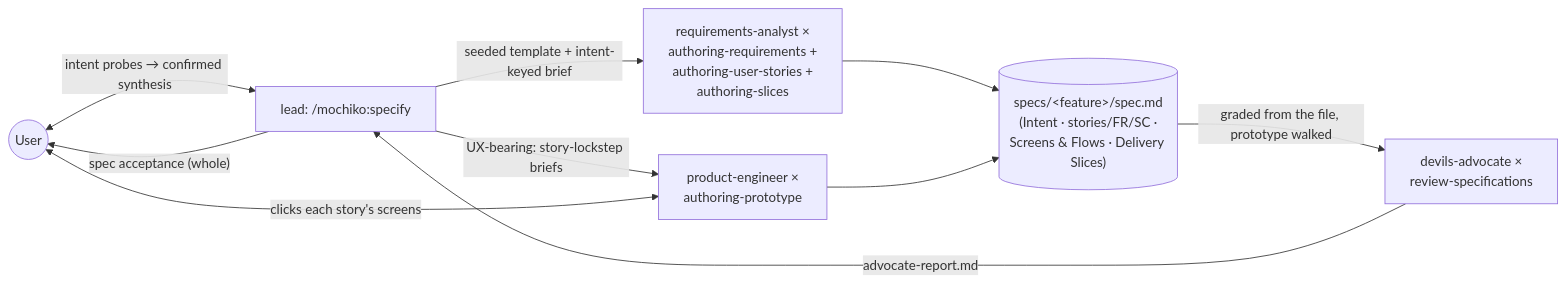
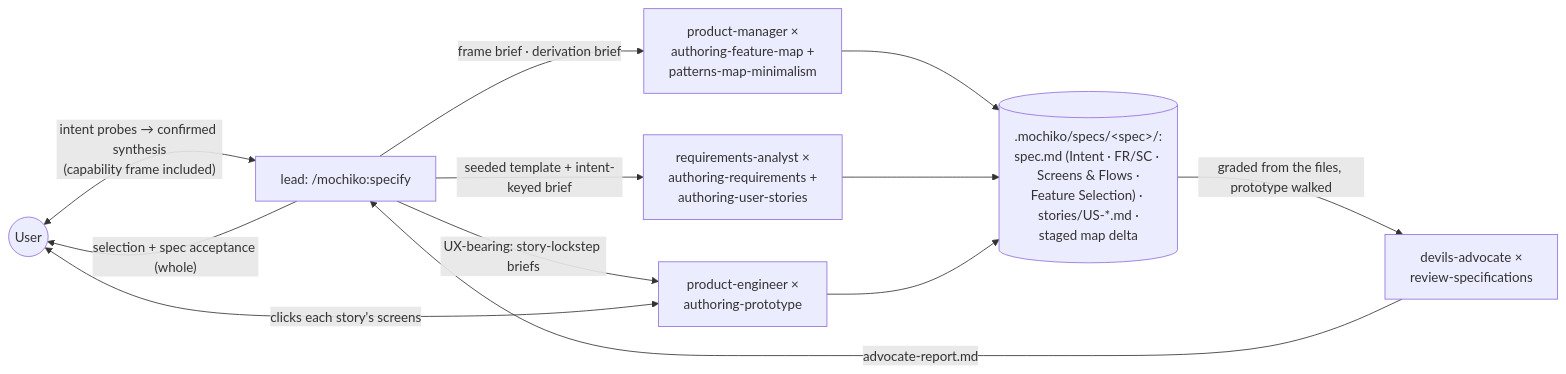
Before and after one commit to humaninloop-dev/mochiko: the fifth of 7 diagrams in ARCHITECTURE.md, drawn with Mermaid. The commit also changed other lines of this file and 30 other files, not shown here.

First line of the commit message:
Capability map rebuild and desk charter

````diff
--- a/ARCHITECTURE.md
+++ b/ARCHITECTURE.md
@@ -178,16 +182,19 @@
 ```mermaid
 flowchart LR
   user(("User"))
   lead["lead: /mochiko:specify"]
-  producer["requirements-analyst ×<br/>authoring-requirements +<br/>authoring-user-stories +<br/>authoring-slices"]
+  pm["product-manager ×<br/>authoring-feature-map +<br/>patterns-map-minimalism"]
+  producer["requirements-analyst ×<br/>authoring-requirements +<br/>authoring-user-stories"]
   proto["product-engineer ×<br/>authoring-prototype"]
   critic["devils-advocate ×<br/>review-specifications"]
-  user <-->|"intent probes → confirmed synthesis"| lead
+  user <-->|"intent probes → confirmed synthesis<br/>(capability frame included)"| lead
+  lead -->|"frame brief · derivation brief"| pm
   lead -->|"seeded template + intent-keyed brief"| producer
   lead -->|"UX-bearing: story-lockstep briefs"| proto
-  producer --> spec[("specs/&lt;feature&gt;/spec.md<br/>(Intent · stories/FR/SC ·<br/>Screens &amp; Flows · Delivery Slices)")]
+  pm --> spec[(".mochiko/specs/&lt;spec&gt;/:<br/>spec.md (Intent · FR/SC · Screens &amp; Flows ·<br/>Feature Selection) · stories/US-*.md ·<br/>staged map delta")]
+  producer --> spec
   proto --> spec
   user <-->|"clicks each story's screens"| proto
-  spec -->|"graded from the file, prototype walked"| critic -->|"advocate-report.md"| lead
-  lead -->|"spec acceptance (whole)"| user
+  spec -->|"graded from the files, prototype walked"| critic -->|"advocate-report.md"| lead
+  lead -->|"selection + spec acceptance (whole)"| user
 ```
````
